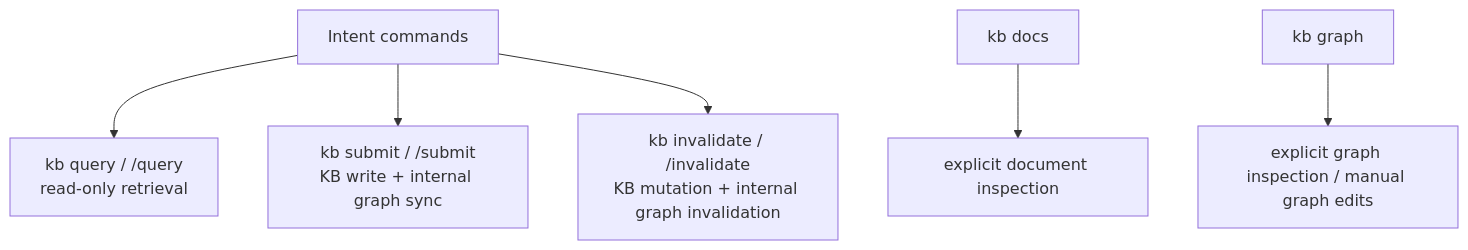
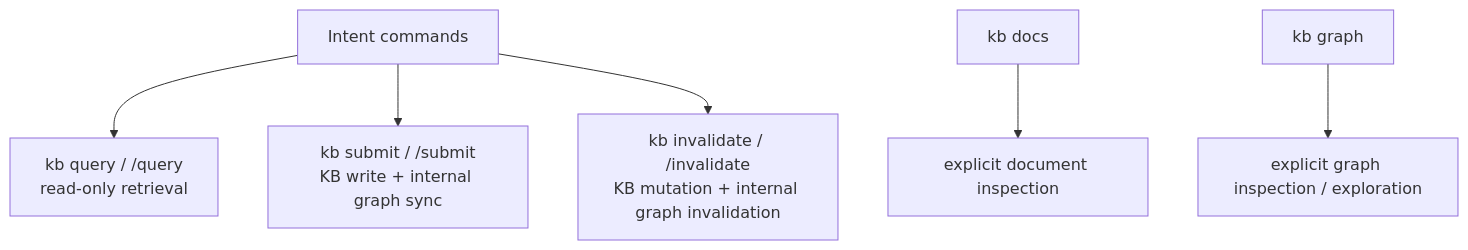
Before and after one commit to rosenjcb/kb: the second of 2 diagrams in src/tools/GRAPH.md, drawn with Mermaid. The commit also changed other lines of this file and 3 other files, not shown here.

First line of the commit message:
Make kb graph read-only and add next-hop exploration output

````diff
--- a/src/tools/GRAPH.md
+++ b/src/tools/GRAPH.md
@@ -89,8 +83,8 @@
 ```mermaid
 flowchart TB
   Intent["Intent commands"] --> Query["kb query / /query\nread-only retrieval"]
   Intent --> Submit["kb submit / /submit\nKB write + internal graph sync"]
   Intent --> Invalidate["kb invalidate / /invalidate\nKB mutation + internal graph invalidation"]
   Docs["kb docs"] --> DocsView["explicit document inspection"]
-  Graph["kb graph"] --> GraphView["explicit graph inspection / manual graph edits"]
+  Graph["kb graph"] --> GraphView["explicit graph inspection / exploration"]
 ```
````
